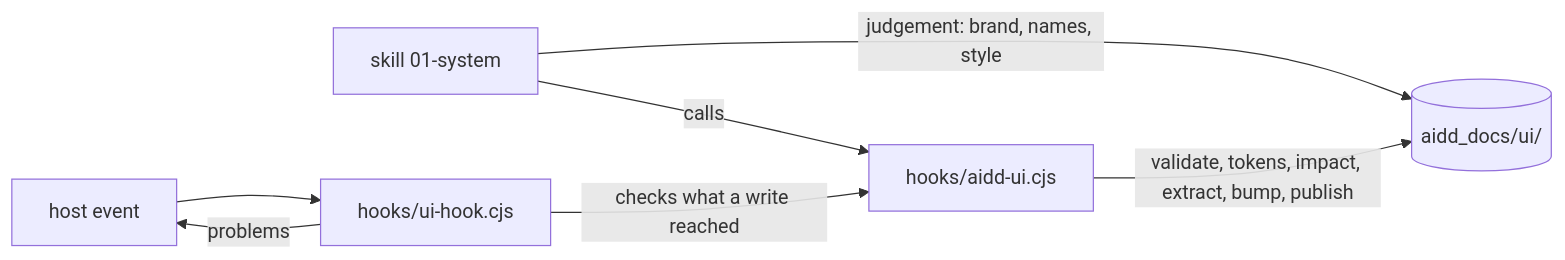
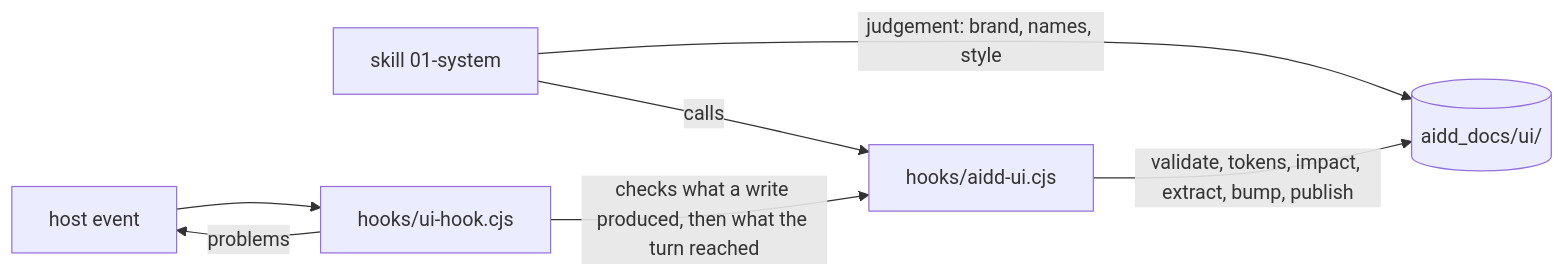
Before and after one commit to ai-driven-dev/framework: the diagram in plugins/aidd-ui/README.md, drawn with Mermaid. The commit also changed other lines of this file and 4 other files, not shown here.

````diff
--- a/plugins/aidd-ui/README.md
+++ b/plugins/aidd-ui/README.md
@@ -20,9 +20,9 @@
 ```mermaid
 flowchart LR
   Skill["skill 01-system"] -->|"judgement: brand, names, style"| Docs[("aidd_docs/ui/")]
   Skill -->|"calls"| Engine["hooks/aidd-ui.cjs"]
   Engine -->|"validate, tokens, impact, extract, bump, publish"| Docs
   Host["host event"] --> Hook["hooks/ui-hook.cjs"]
-  Hook -->|"checks what a write reached"| Engine
+  Hook -->|"checks what a write produced, then what the turn reached"| Engine
   Hook -->|"problems"| Host
 ```
````
